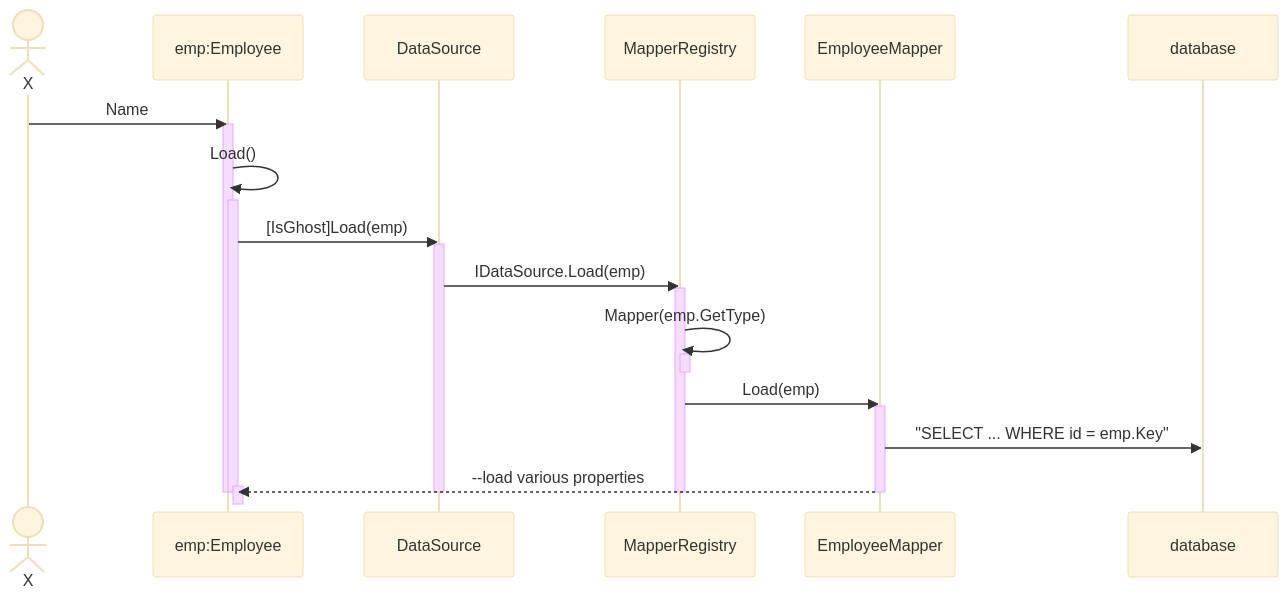
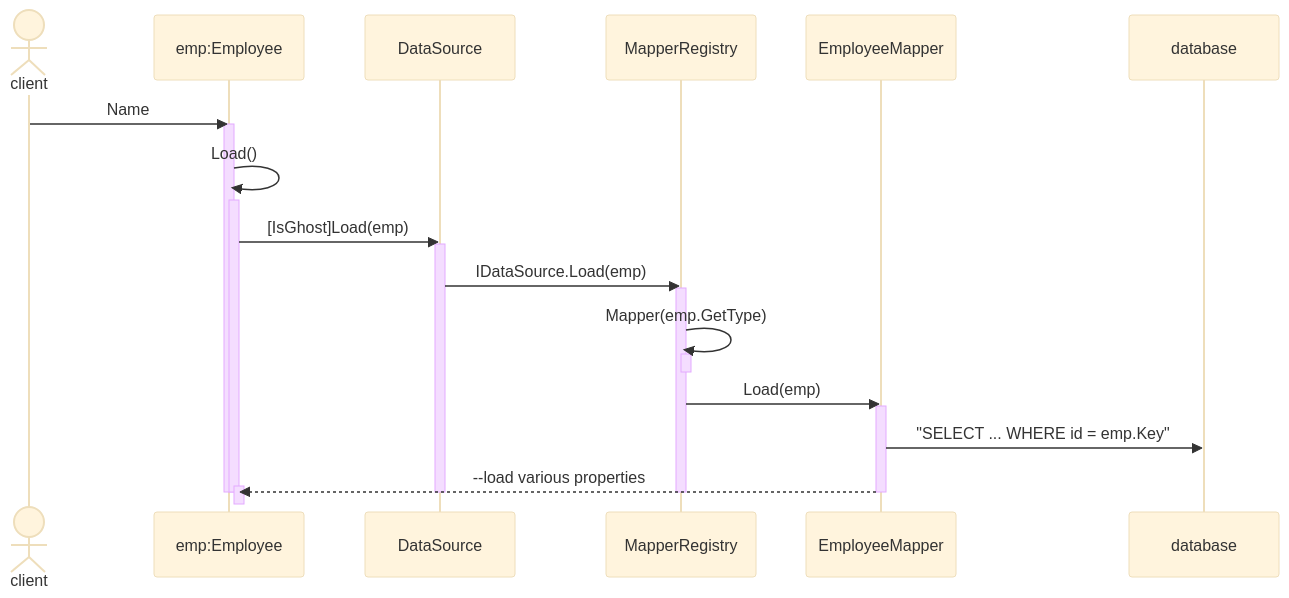
The sixth of 7 diagrams in src/Examples.Design.Fowler.Tests/Design.Fowler.Tests/ObjectRelationalBehavioral/LazyLoad/README.md (suzu-devworks/examples-dotnet-design), drawn with Mermaid (base theme) before and after one commit. The commit also changed other lines of this file and 26 other files, not shown here.

````diff
--- a/src/Examples.Design.Fowler.Tests/Design.Fowler.Tests/ObjectRelationalBehavioral/LazyLoad/README.md
+++ b/src/Examples.Design.Fowler.Tests/Design.Fowler.Tests/ObjectRelationalBehavioral/LazyLoad/README.md
@@ -120,32 +257,32 @@
 ```mermaid
 sequenceDiagram
-    Actor X
+    Actor client
     participant Employee as emp:Employee
     participant DataSource
     participant MapperRegistry
     participant EmployeeMapper
     participant database
 
-    X->>Employee : Name 
+    client->>Employee : Name 
     activate Employee
     Employee ->> Employee : Load()
     activate Employee
     Employee ->> DataSource : [IsGhost]Load(emp)
     activate DataSource
     DataSource ->> MapperRegistry: IDataSource.Load(emp)
     activate MapperRegistry
     MapperRegistry ->> MapperRegistry : Mapper(emp.GetType)
     activate MapperRegistry
     deactivate MapperRegistry
     MapperRegistry ->> EmployeeMapper : Load(emp)
     activate EmployeeMapper
     EmployeeMapper ->> database : "SELECT ... WHERE id = emp.Key"
     EmployeeMapper -->> Employee : --load various properties
     activate Employee
     deactivate EmployeeMapper
     deactivate MapperRegistry
     deactivate DataSource
     deactivate Employee
     deactivate Employee
     deactivate Employee
 ```
````
